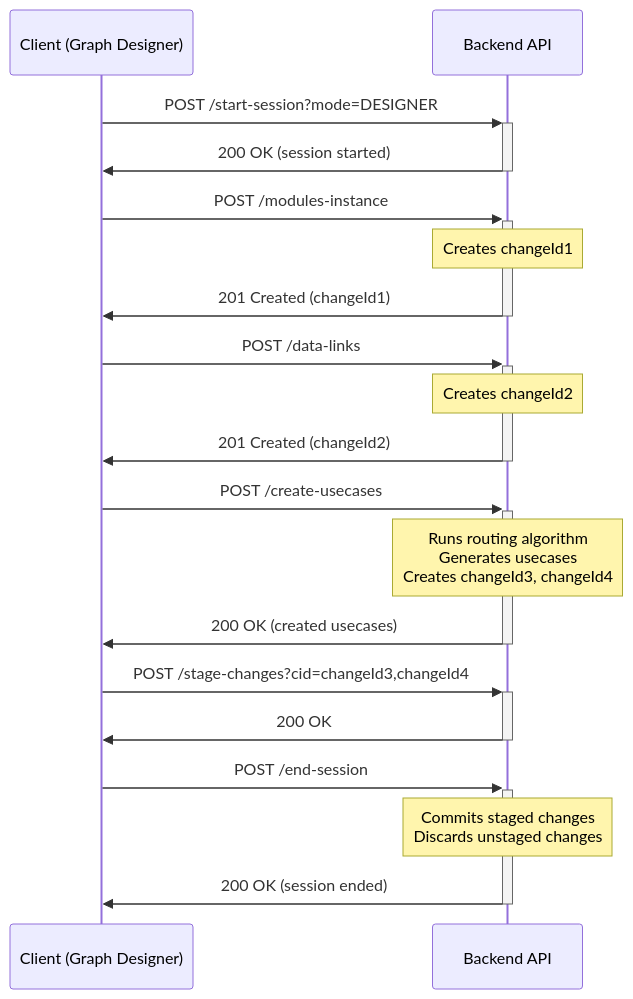
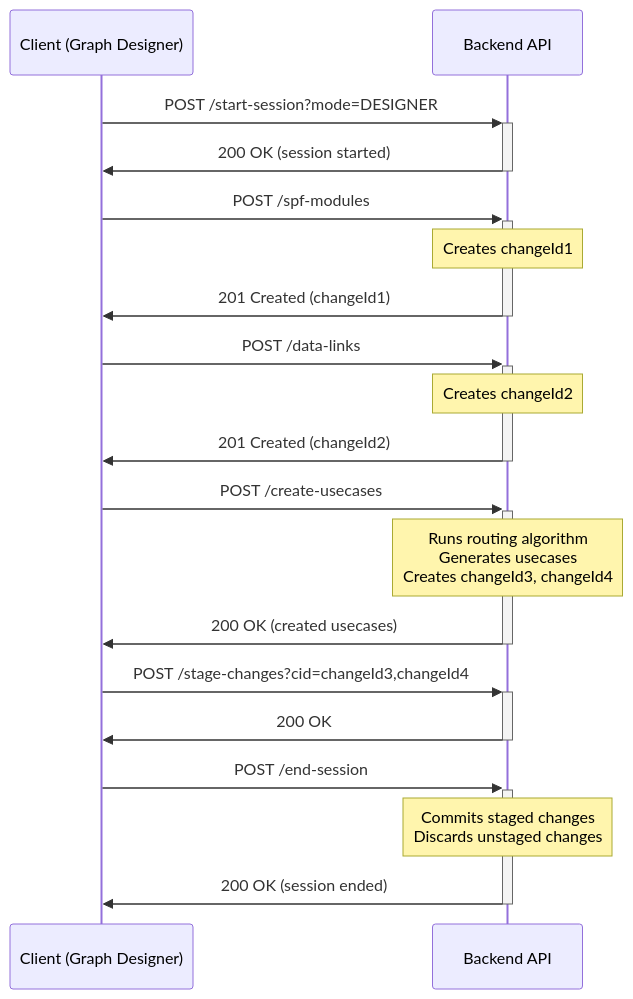
One commit to AudioReach/audioreach-creator-backend changed the second of 4 diagrams in docs/apis/modification-framework-api-reference.md. Above: the diagram before and after it, drawn with Mermaid. The commit also changed other lines of this file, not shown here.

First line of the commit message:
docs: update modification framework api-reference documentation

````diff
--- a/docs/apis/modification-framework-api-reference.md
+++ b/docs/apis/modification-framework-api-reference.md
@@ -198,27 +210,27 @@
 ```mermaid
 sequenceDiagram
     participant UI as Client (Graph Designer)
     participant API as Backend API
     
     UI->>+API: POST /start-session?mode=DESIGNER
     API->>-UI: 200 OK (session started)
     
-    UI->>+API: POST /modules-instance
+    UI->>+API: POST /spf-modules
     Note over API: Creates changeId1
     API->>-UI: 201 Created (changeId1)
     
     UI->>+API: POST /data-links
     Note over API: Creates changeId2
     API->>-UI: 201 Created (changeId2)
     
     UI->>+API: POST /create-usecases
     Note over API: Runs routing algorithm<br/>Generates usecases<br/>Creates changeId3, changeId4
     API->>-UI: 200 OK (created usecases)
     
     UI->>+API: POST /stage-changes?cid=changeId3,changeId4
     API->>-UI: 200 OK
     
     UI->>+API: POST /end-session
     Note over API: Commits staged changes<br/>Discards unstaged changes
     API->>-UI: 200 OK (session ended)
 ```
````
